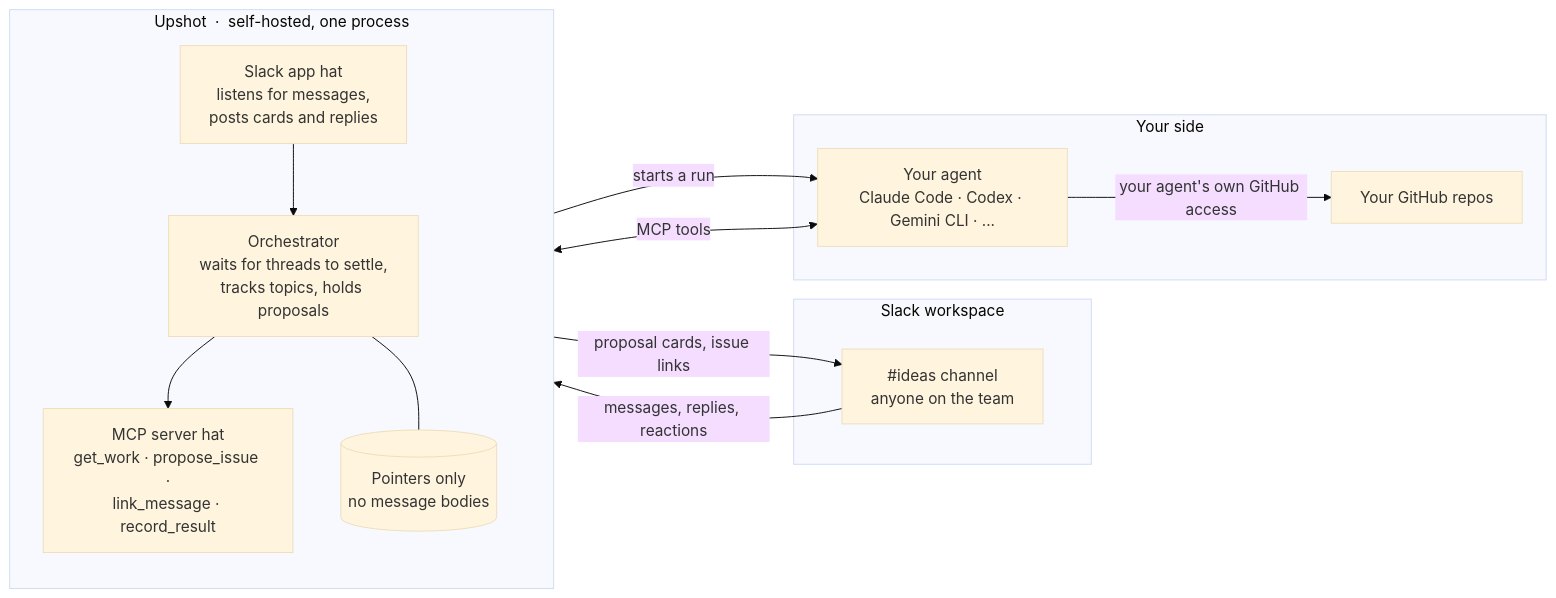
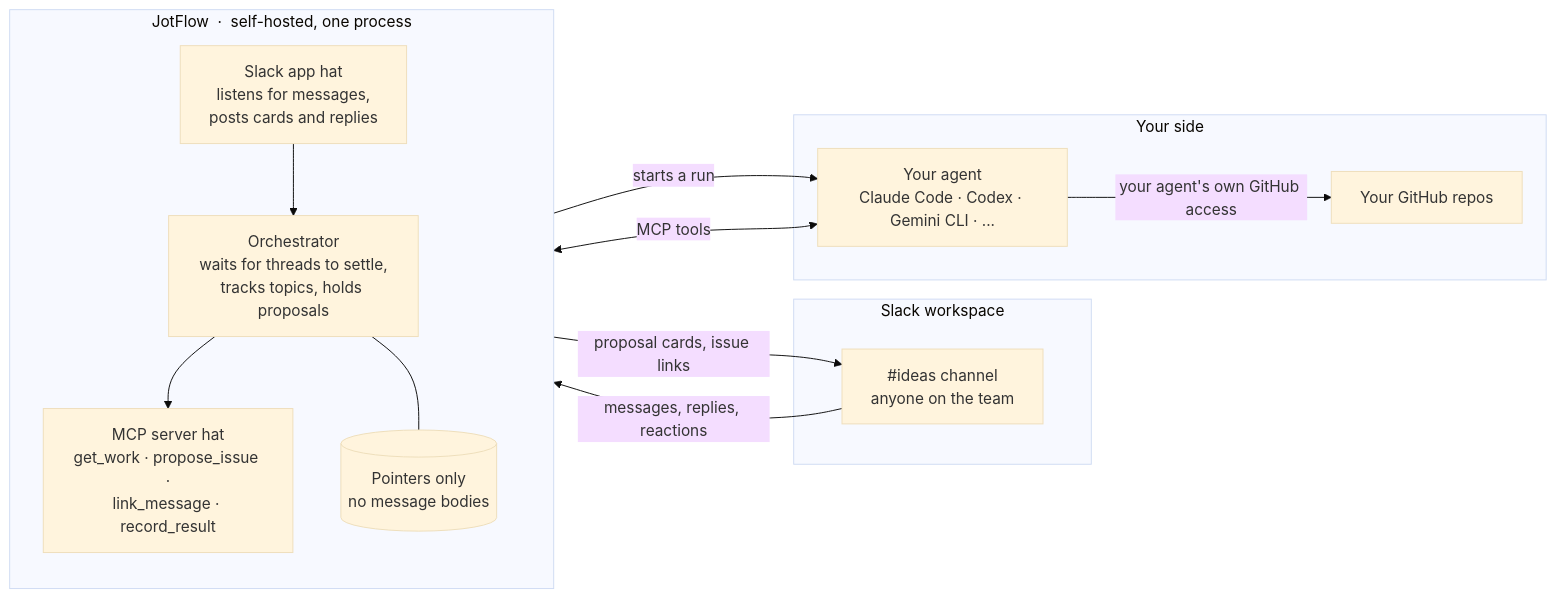
One commit to Jnkman787/jotflow changed the first of 2 diagrams in README.md. Above: the diagram before and after it, drawn with Mermaid (base theme). The commit also changed other lines of this file and 18 other files, not shown here.

First line of the commit message:
chore: rename project from Upshot to JotFlow (#50)

````diff
--- a/README.md
+++ b/README.md
@@ -19,27 +19,27 @@
 ```mermaid
 flowchart LR
     subgraph slack["Slack workspace"]
         ch["#ideas channel<br/>anyone on the team"]
     end
 
-    subgraph upshot["Upshot &nbsp;·&nbsp; self-hosted, one process"]
+    subgraph jotflow["JotFlow &nbsp;·&nbsp; self-hosted, one process"]
         direction TB
         app["Slack app hat<br/>listens for messages,<br/>posts cards and replies"]
         core["Orchestrator<br/>waits for threads to settle,<br/>tracks topics, holds proposals"]
         mcp["MCP server hat<br/>get_work · propose_issue ·<br/>link_message · record_result"]
         db[("Pointers only<br/>no message bodies")]
         app --> core --> mcp
         core --- db
     end
 
     subgraph yours["Your side"]
         agent["Your agent<br/>Claude Code · Codex · Gemini CLI · ..."]
         gh["Your GitHub repos"]
     end
 
     ch -- "messages, replies, reactions" --> app
     app -- "proposal cards, issue links" --> ch
     core -- "starts a run" --> agent
     agent <-- "MCP tools" --> mcp
     agent -- "your agent's own GitHub access" --> gh
 ```
````
